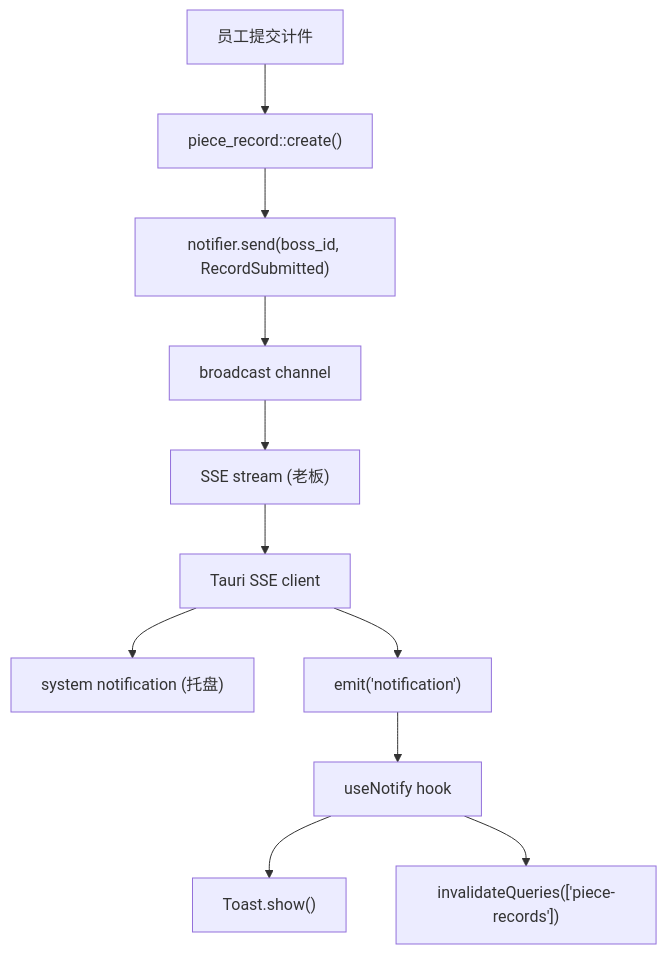
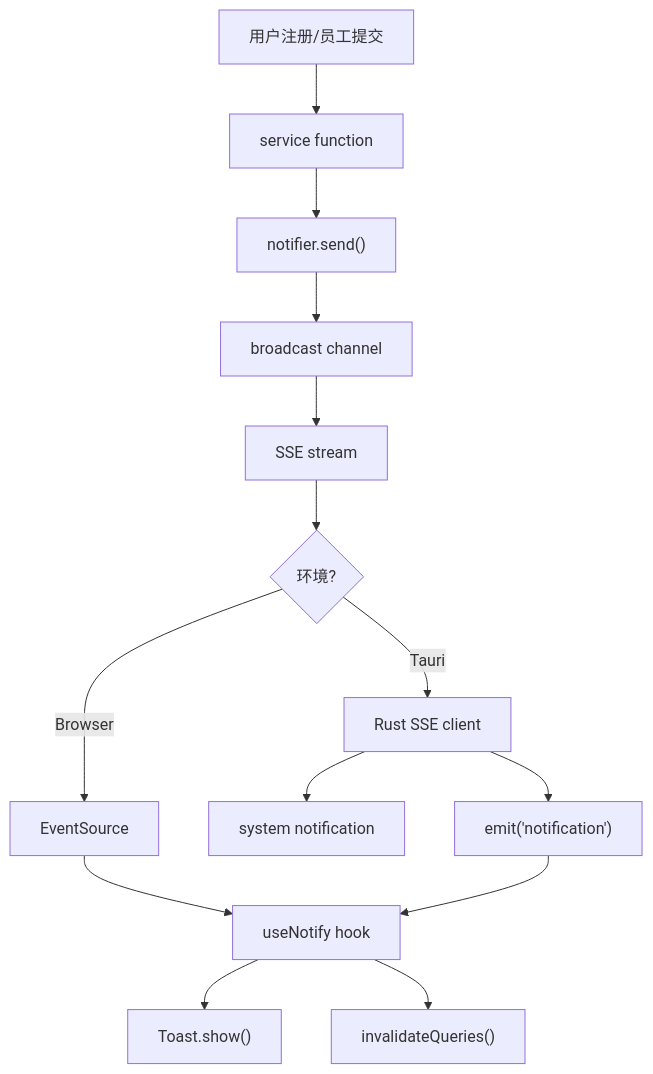
One commit to yexiyue/Stitchwork changed the second of 2 diagrams in docs/dev-notes/realtime-notifications.md. Above: the diagram before and after it, drawn with Mermaid. The commit also changed other lines of this file and 42 other files, not shown here.

````diff
--- a/docs/dev-notes/realtime-notifications.md
+++ b/docs/dev-notes/realtime-notifications.md
@@ -275,13 +372,19 @@
 ```mermaid
 flowchart TD
-    A["员工提交计件"] --> B["piece_record::create()"]
-    B --> C["notifier.send(boss_id, RecordSubmitted)"]
+    A["用户注册/员工提交"] --> B["service function"]
+    B --> C["notifier.send()"]
     C --> D["broadcast channel"]
-    D --> E["SSE stream (老板)"]
-    E --> F["Tauri SSE client"]
-    F --> G["system notification (托盘)"]
-    F --> H["emit('notification')"]
-    H --> I["useNotify hook"]
-    I --> J["Toast.show()"]
-    I --> K["invalidateQueries(['piece-records'])"]
+    D --> E["SSE stream"]
+
+    E --> F{"环境?"}
+    F -->|Tauri| G["Rust SSE client"]
+    F -->|Browser| H["EventSource"]
+
+    G --> I["system notification"]
+    G --> J["emit('notification')"]
+    H --> K["useNotify hook"]
+    J --> K
+
+    K --> L["Toast.show()"]
+    K --> M["invalidateQueries()"]
 ```
````
